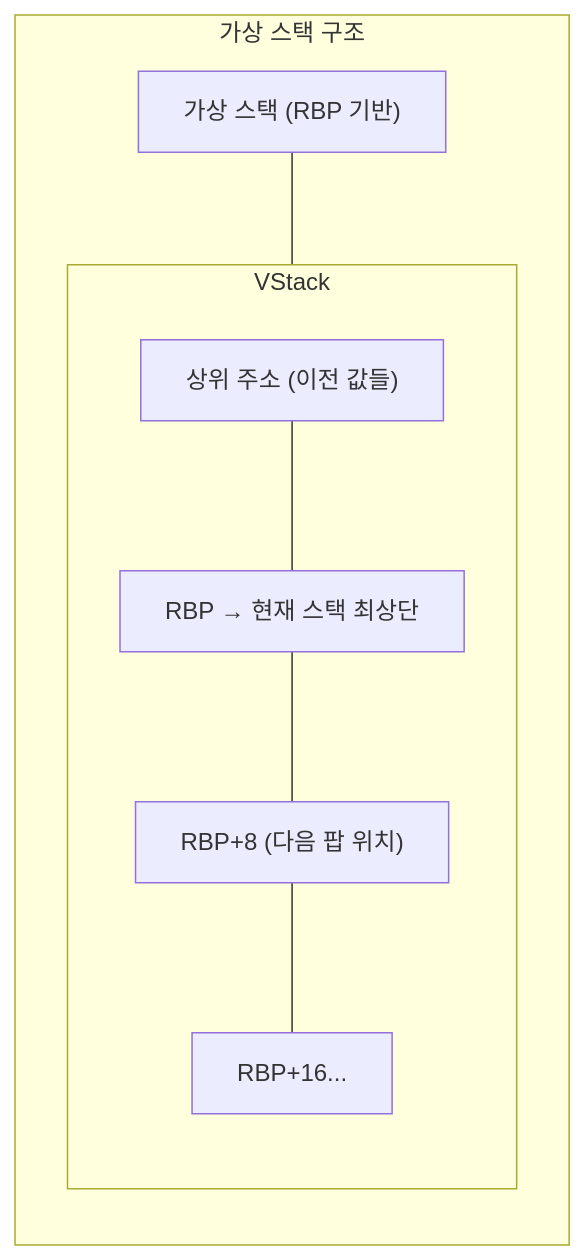
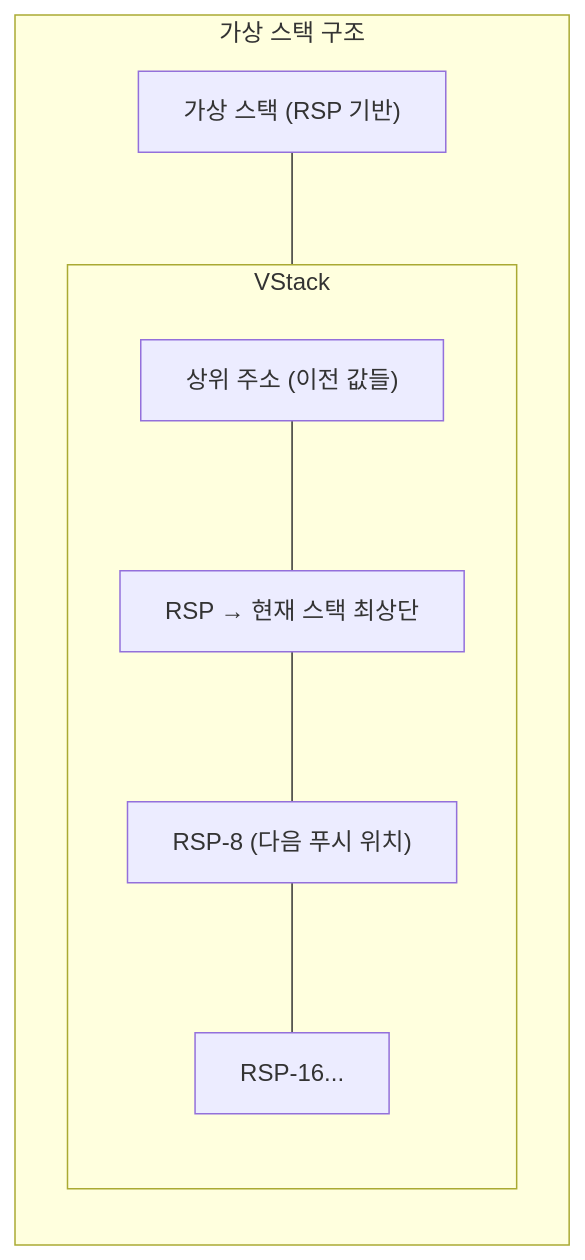
Before and after one commit to sinbon-088/hspace-io.github.io: the second of 4 diagrams in _posts/2025-05-23-Anti-Reverse-Engineering-Analysis.md, drawn with Mermaid. The commit also changed other lines of this file, not shown here.

````diff
--- a/_posts/2025-05-23-Anti-Reverse-Engineering-Analysis.md
+++ b/_posts/2025-05-23-Anti-Reverse-Engineering-Analysis.md
@@ -286,17 +286,17 @@
 ```mermaid
 flowchart TB
     subgraph "가상 스택 구조"
         direction TB
-        Stack["가상 스택 (RBP 기반)"] --- VStack
+        Stack["가상 스택 (RSP 기반)"] --- VStack
 
         subgraph VStack
             direction TB
             StackTop["상위 주소 (이전 값들)"]
-            StackRBP["RBP → 현재 스택 최상단"]
-            StackRBP8["RBP+8 (다음 팝 위치)"]
-            StackRBP16["RBP+16..."]
+            StackRSP["RSP → 현재 스택 최상단"]
+            StackRSP8["RSP-8 (다음 푸시 위치)"]
+            StackRSP16["RSP-16..."]
 
-            StackTop --- StackRBP --- StackRBP8 --- StackRBP16
+            StackTop --- StackRSP --- StackRSP8 --- StackRSP16
         end
     end
 ```
````
